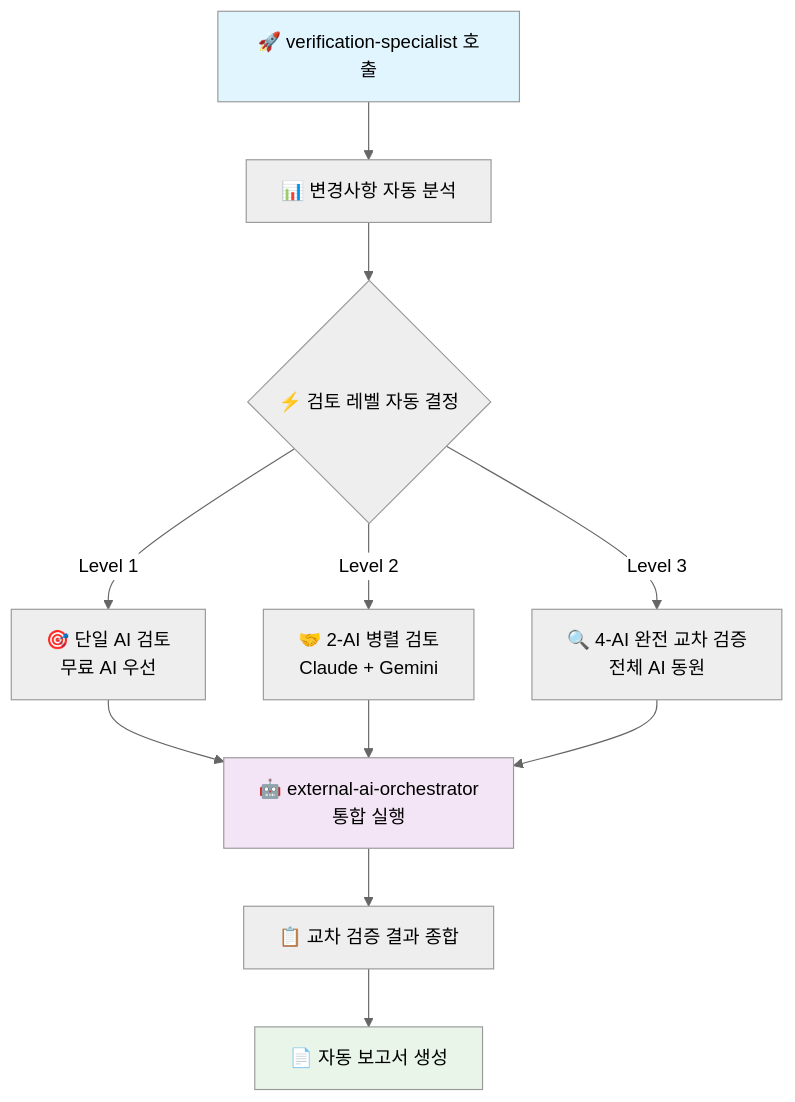
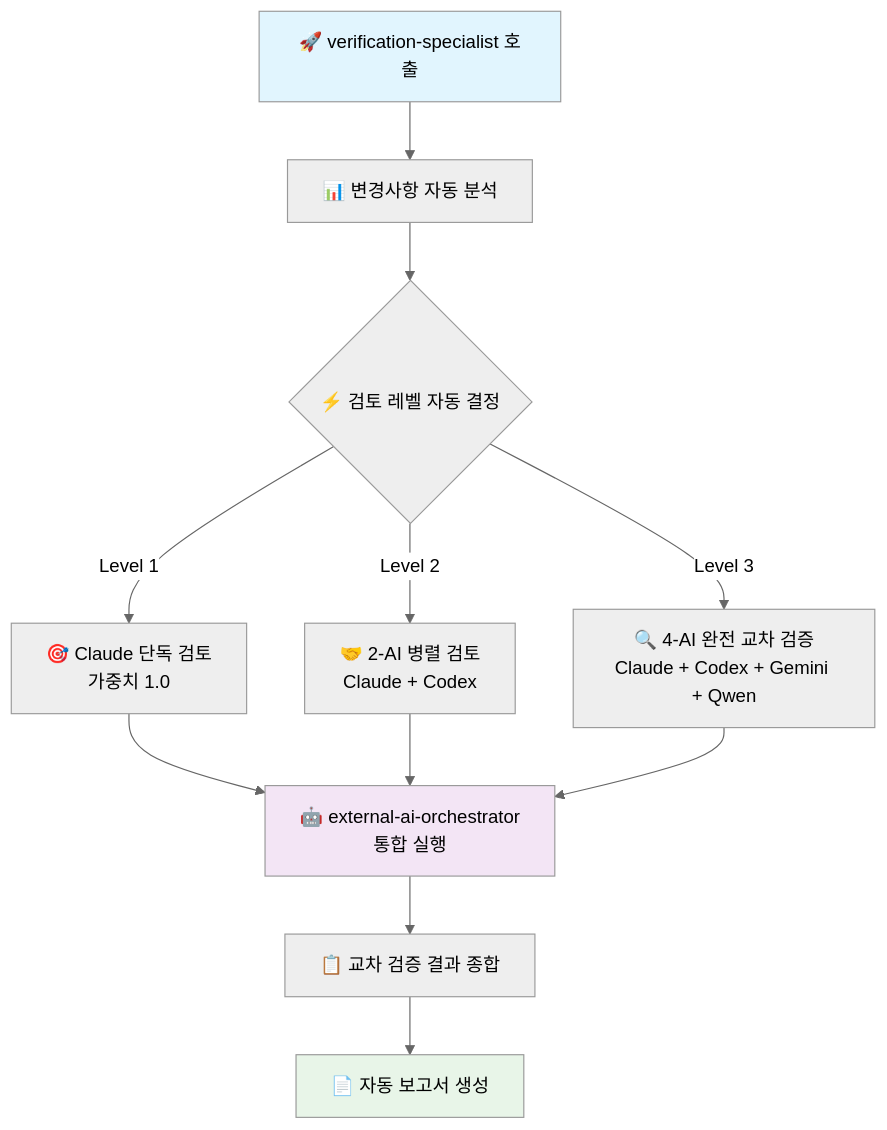
The diagram in .claude/agents/verification-specialist.md (skyasu2/openmanager-vibe-v5), drawn with Mermaid (neutral theme) before and after one commit. The commit also changed other lines of this file and 14 other files, not shown here.

````diff
--- a/.claude/agents/verification-specialist.md
+++ b/.claude/agents/verification-specialist.md
@@ -82,20 +87,20 @@
 ```mermaid
 graph TD
     A[🚀 verification-specialist 호출] --> B[📊 변경사항 자동 분석]
     B --> C{⚡ 검토 레벨 자동 결정}
     
-    C -->|Level 1| D[🎯 단일 AI 검토<br/>무료 AI 우선]
-    C -->|Level 2| E[🤝 2-AI 병렬 검토<br/>Claude + Gemini]
-    C -->|Level 3| F[🔍 4-AI 완전 교차 검증<br/>전체 AI 동원]
+    C -->|Level 1| D[🎯 Claude 단독 검토<br/>가중치 1.0]
+    C -->|Level 2| E[🤝 2-AI 병렬 검토<br/>Claude + Codex]
+    C -->|Level 3| F[🔍 4-AI 완전 교차 검증<br/>Claude + Codex + Gemini + Qwen]
     
     D --> G[🤖 external-ai-orchestrator<br/>통합 실행]
     E --> G
     F --> G
     
     G --> H[📋 교차 검증 결과 종합]
     H --> I[📄 자동 보고서 생성]
     
     style A fill:#e1f5fe
     style G fill:#f3e5f5
     style I fill:#e8f5e8
 ```
````
